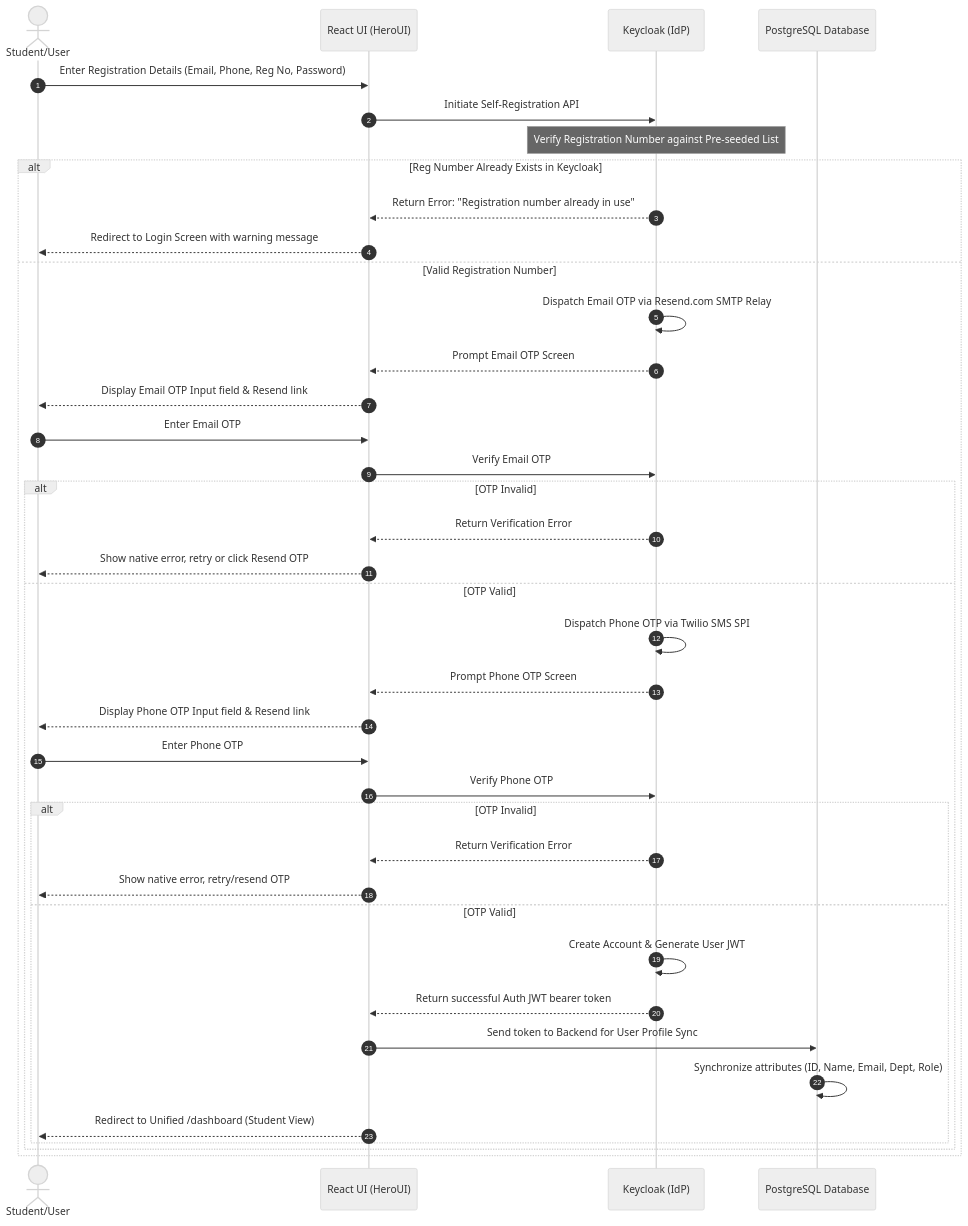
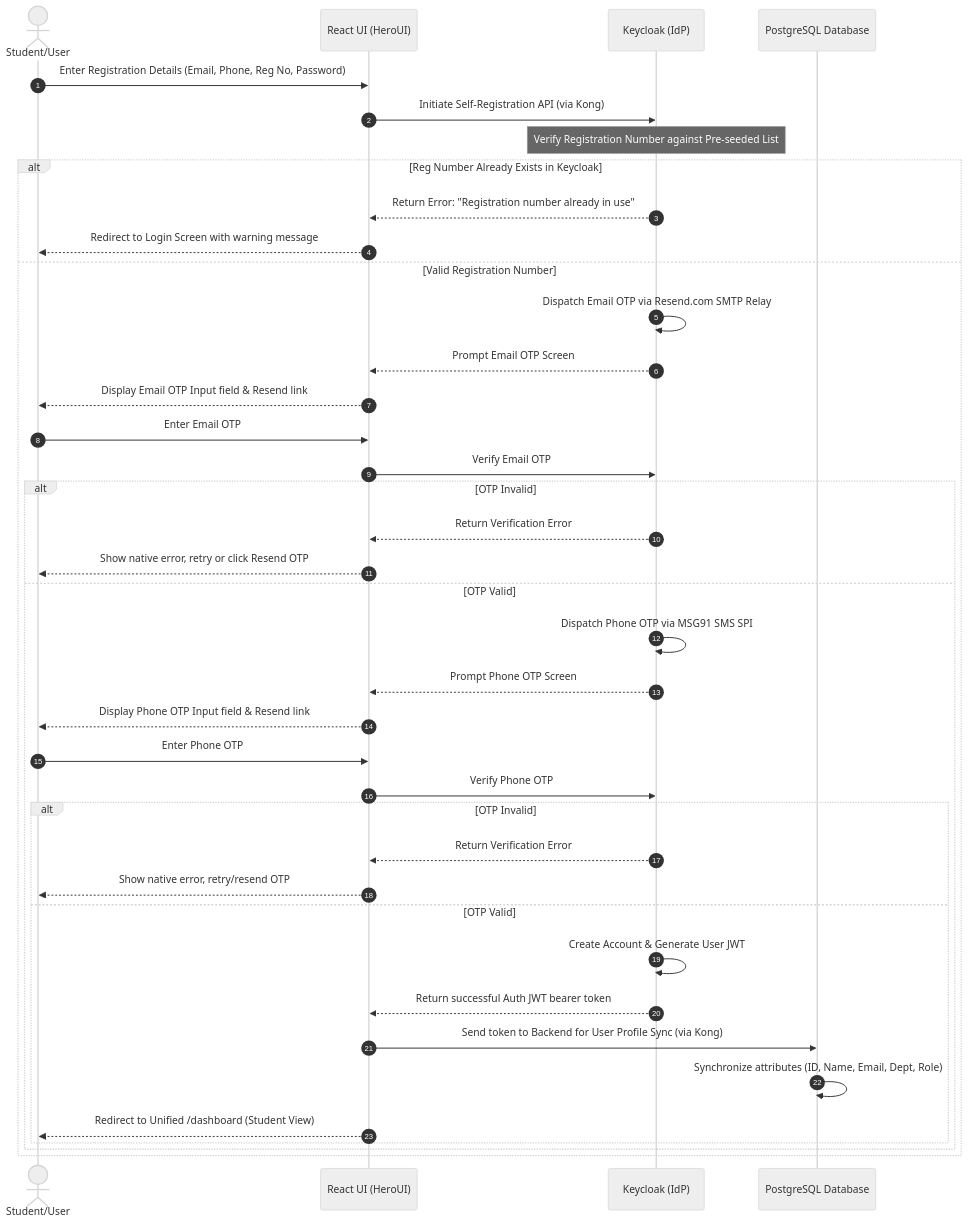
Before and after one commit to pec-developers/pec-events-app: the second of 3 diagrams in docs/user-flow-docs.md, drawn with Mermaid (neutral theme). The commit also changed other lines of this file and 108 other files, not shown here.

````diff
--- a/docs/user-flow-docs.md
+++ b/docs/user-flow-docs.md
@@ -131,42 +173,42 @@
 ```mermaid
 sequenceDiagram
     autonumber
     actor Student as Student/User
     participant UI as React UI (HeroUI)
     participant KC as Keycloak (IdP)
     participant DB as PostgreSQL Database
     
     Student->>UI: Enter Registration Details (Email, Phone, Reg No, Password)
-    UI->>KC: Initiate Self-Registration API
+    UI->>KC: Initiate Self-Registration API (via Kong)
     Note over KC: Verify Registration Number against Pre-seeded List
     alt Reg Number Already Exists in Keycloak
         KC-->>UI: Return Error: "Registration number already in use"
         UI-->>Student: Redirect to Login Screen with warning message
     else Valid Registration Number
         KC->>KC: Dispatch Email OTP via Resend.com SMTP Relay
         KC-->>UI: Prompt Email OTP Screen
         UI-->>Student: Display Email OTP Input field & Resend link
         Student->>UI: Enter Email OTP
         UI->>KC: Verify Email OTP
         alt OTP Invalid
             KC-->>UI: Return Verification Error
             UI-->>Student: Show native error, retry or click Resend OTP
         else OTP Valid
-            KC->>KC: Dispatch Phone OTP via Twilio SMS SPI
+            KC->>KC: Dispatch Phone OTP via MSG91 SMS SPI
             KC-->>UI: Prompt Phone OTP Screen
             UI-->>Student: Display Phone OTP Input field & Resend link
             Student->>UI: Enter Phone OTP
             UI->>KC: Verify Phone OTP
             alt OTP Invalid
                 KC-->>UI: Return Verification Error
                 UI-->>Student: Show native error, retry/resend OTP
             else OTP Valid
                 KC->>KC: Create Account & Generate User JWT
                 KC-->>UI: Return successful Auth JWT bearer token
-                UI->>DB: Send token to Backend for User Profile Sync
+                UI->>DB: Send token to Backend for User Profile Sync (via Kong)
                 DB->>DB: Synchronize attributes (ID, Name, Email, Dept, Role)
                 UI-->>Student: Redirect to Unified /dashboard (Student View)
             end
         end
     end
 ```
````
